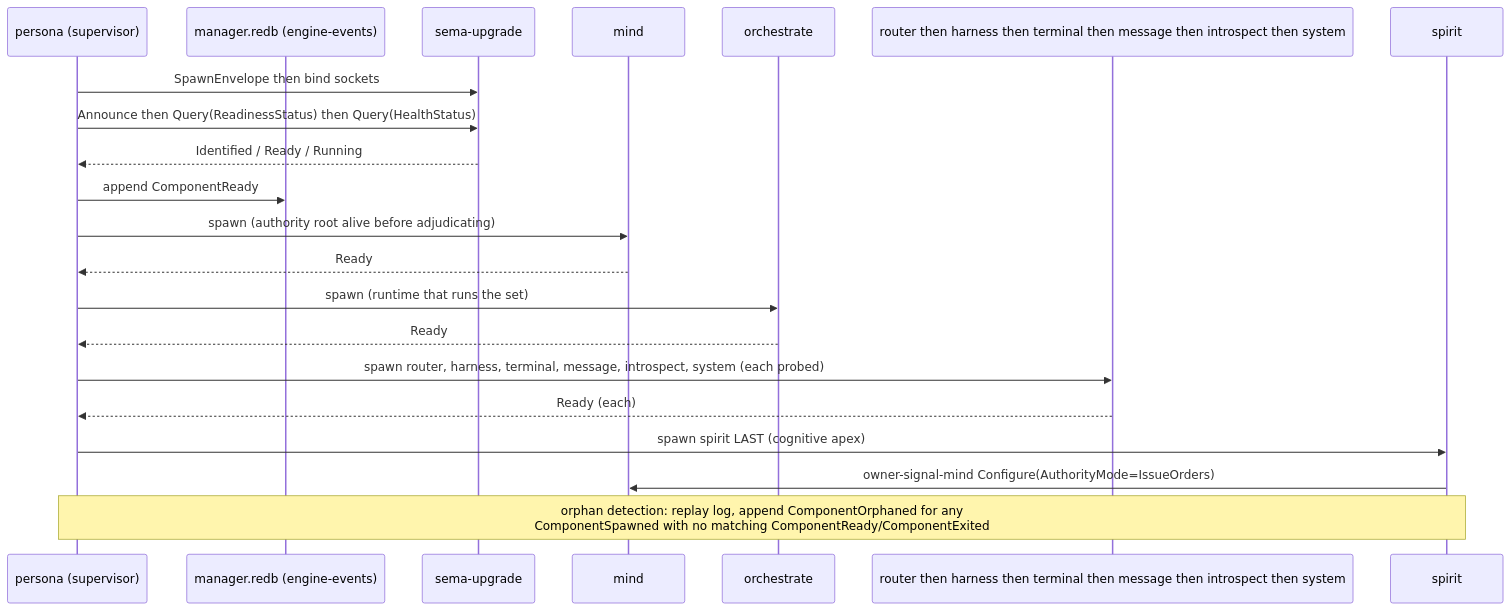
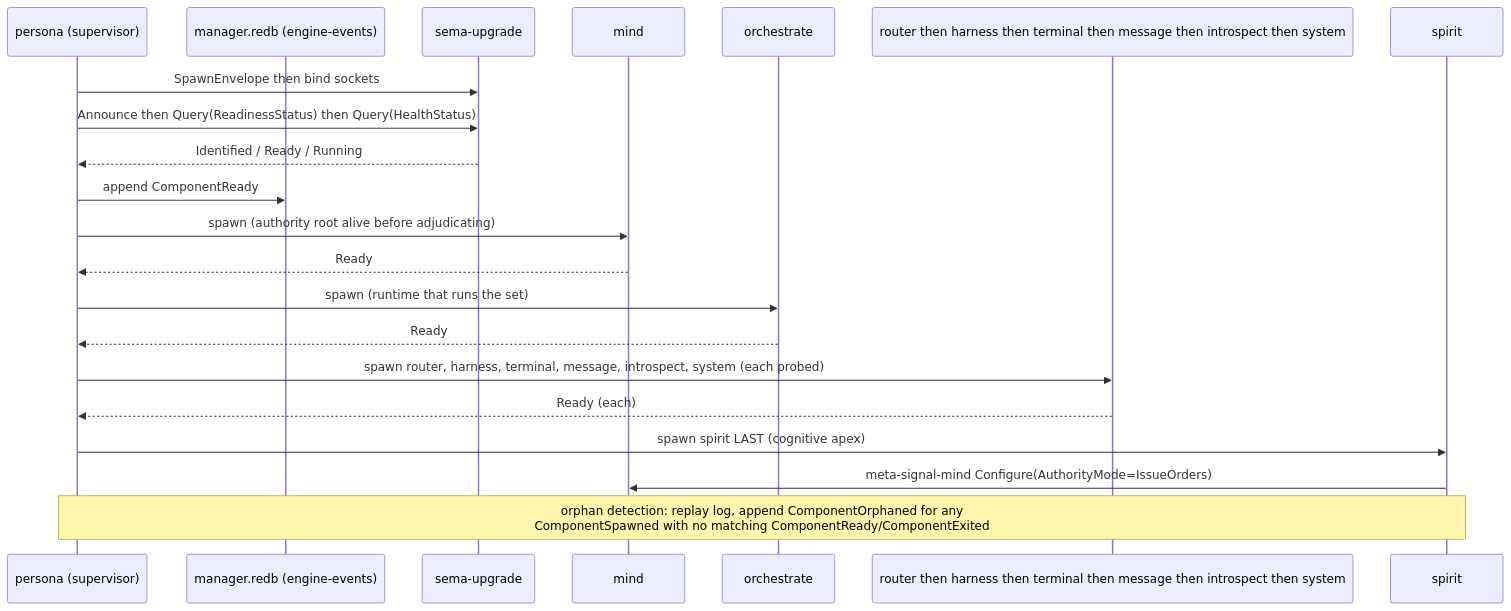
The eighth of 8 diagrams in reports/designer/548-persona-meta-engine-vision.md (LiGoldragon/primary), drawn with Mermaid before and after one commit. The commit also changed other lines of this file and 3 other files, not shown here.

````diff
--- a/reports/designer/548-persona-meta-engine-vision.md
+++ b/reports/designer/548-persona-meta-engine-vision.md
@@ -325,23 +325,23 @@
 ```mermaid
 sequenceDiagram
   participant PER as persona (supervisor)
   participant LOG as manager.redb (engine-events)
   participant SU as sema-upgrade
   participant MIND as mind
   participant ORC as orchestrate
   participant REST as router then harness then terminal then message then introspect then system
   participant SP as spirit
   PER->>SU: SpawnEnvelope then bind sockets
   PER->>SU: Announce then Query(ReadinessStatus) then Query(HealthStatus)
   SU-->>PER: Identified / Ready / Running
   PER->>LOG: append ComponentReady
   PER->>MIND: spawn (authority root alive before adjudicating)
   MIND-->>PER: Ready
   PER->>ORC: spawn (runtime that runs the set)
   ORC-->>PER: Ready
   PER->>REST: spawn router, harness, terminal, message, introspect, system (each probed)
   REST-->>PER: Ready (each)
   PER->>SP: spawn spirit LAST (cognitive apex)
-  SP->>MIND: owner-signal-mind Configure(AuthorityMode=IssueOrders)
+  SP->>MIND: meta-signal-mind Configure(AuthorityMode=IssueOrders)
   Note over PER,SP: orphan detection: replay log, append ComponentOrphaned for any<br/>ComponentSpawned with no matching ComponentReady/ComponentExited
 ```
````
